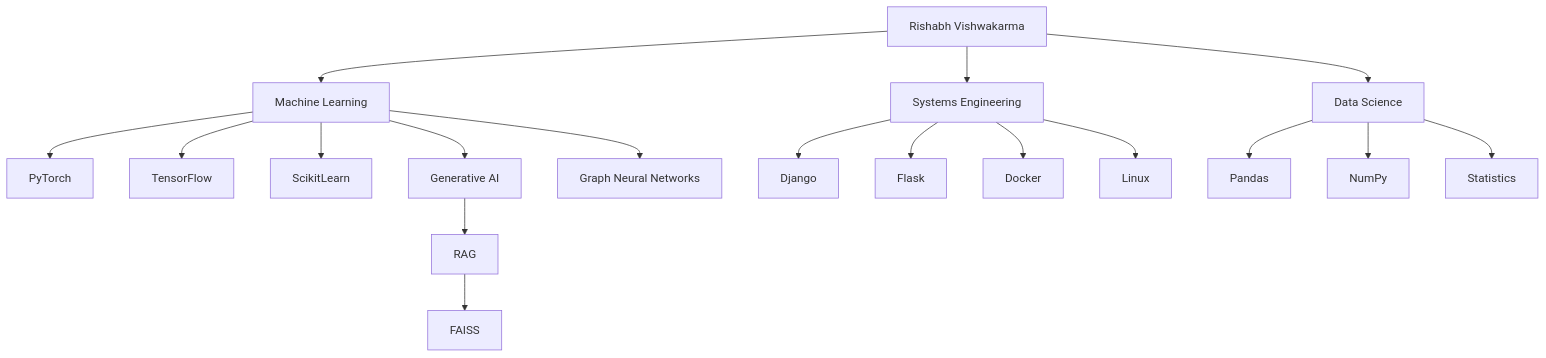
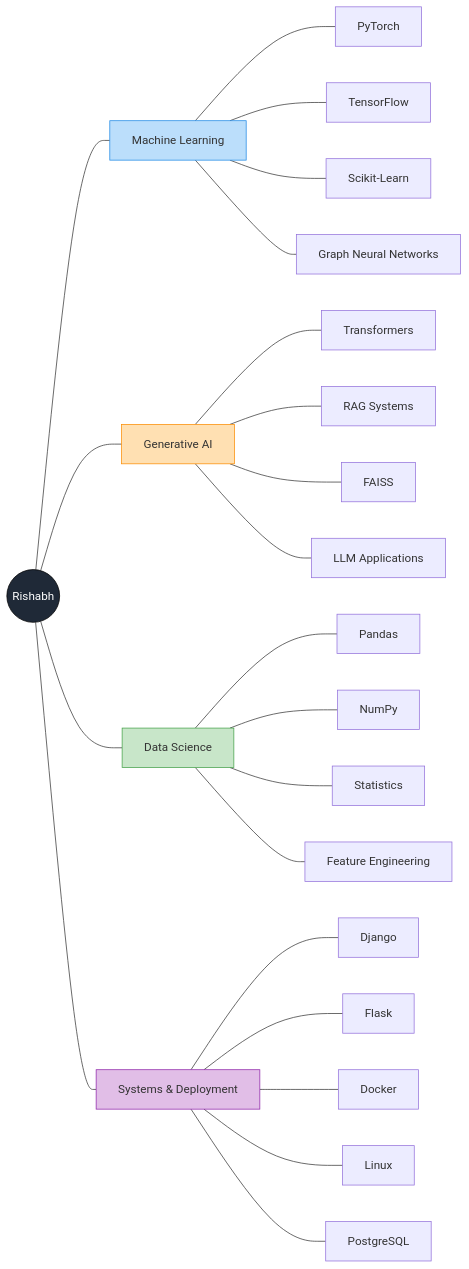
The diagram in README.md (RishabhVishwakarma1729/RishabhVishwakarma1729), drawn with Mermaid before and after one commit. The commit also changed other lines of this file, not shown here.

````diff
--- a/README.md
+++ b/README.md
@@ -78,27 +78,74 @@
 ```mermaid
-graph TD
+graph LR
 
-R[Rishabh Vishwakarma]
+%% Center Node
+R((Rishabh))
 
-R --> ML[Machine Learning]
-R --> SYS[Systems Engineering]
-R --> DATA[Data Science]
+%% Machine Learning Cluster
+ML[Machine Learning]
+ML1[PyTorch]
+ML2[TensorFlow]
+ML3[Scikit-Learn]
+ML4[Graph Neural Networks]
 
-ML --> PyTorch
-ML --> TensorFlow
-ML --> ScikitLearn
-ML --> GenerativeAI[Generative AI]
-ML --> GNN[Graph Neural Networks]
+%% Generative AI Cluster
+GEN[Generative AI]
+GEN1[Transformers]
+GEN2[RAG Systems]
+GEN3[FAISS]
+GEN4[LLM Applications]
 
-GenerativeAI --> RAG
-RAG --> FAISS
+%% Data Science Cluster
+DATA[Data Science]
+D1[Pandas]
+D2[NumPy]
+D3[Statistics]
+D4[Feature Engineering]
 
-SYS --> Django
-SYS --> Flask
-SYS --> Docker
-SYS --> Linux
+%% Systems Cluster
+SYS[Systems & Deployment]
+S1[Django]
+S2[Flask]
+S3[Docker]
+S4[Linux]
+S5[PostgreSQL]
 
-DATA --> Pandas
-DATA --> NumPy
-DATA --> Statistics
+%% Connections from center
+R --- ML
+R --- GEN
+R --- DATA
+R --- SYS
+
+%% ML connections
+ML --- ML1
+ML --- ML2
+ML --- ML3
+ML --- ML4
+
+%% GEN connections
+GEN --- GEN1
+GEN --- GEN2
+GEN --- GEN3
+GEN --- GEN4
+
+%% DATA connections
+DATA --- D1
+DATA --- D2
+DATA --- D3
+DATA --- D4
+
+%% SYS connections
+SYS --- S1
+SYS --- S2
+SYS --- S3
+SYS --- S4
+SYS --- S5
+
+%% Colors
+style R fill:#1f2937,color:#ffffff,stroke:#000
+
+style ML fill:#bbdefb,stroke:#1e88e5
+style GEN fill:#ffe0b2,stroke:#fb8c00
+style DATA fill:#c8e6c9,stroke:#43a047
+style SYS fill:#e1bee7,stroke:#8e24aa
 ```
````
